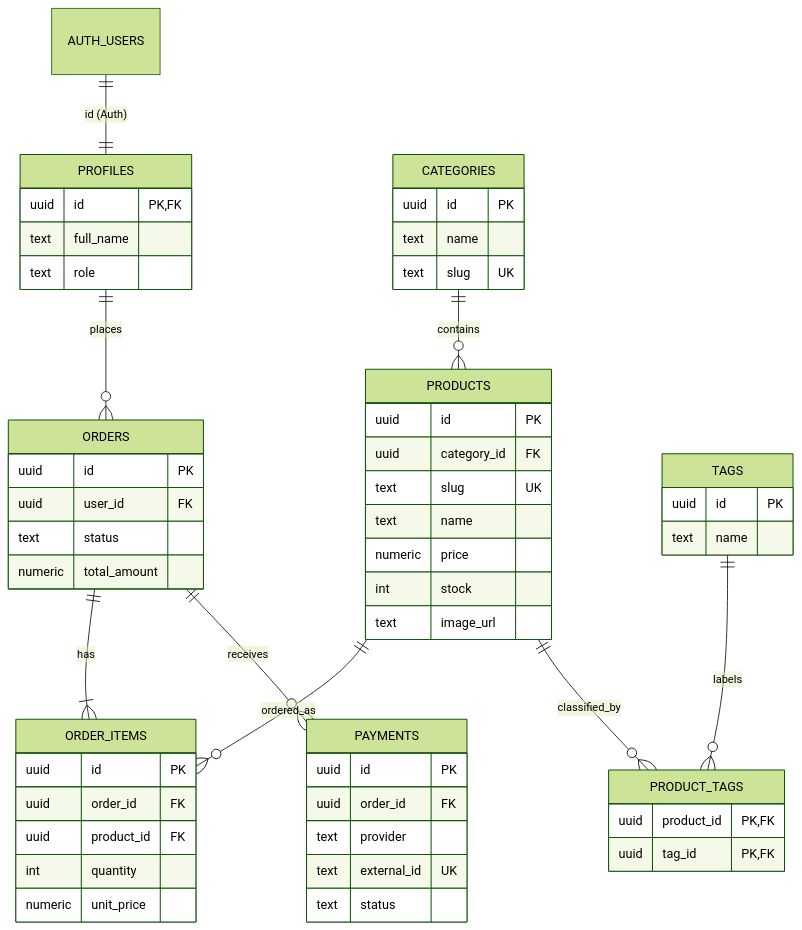
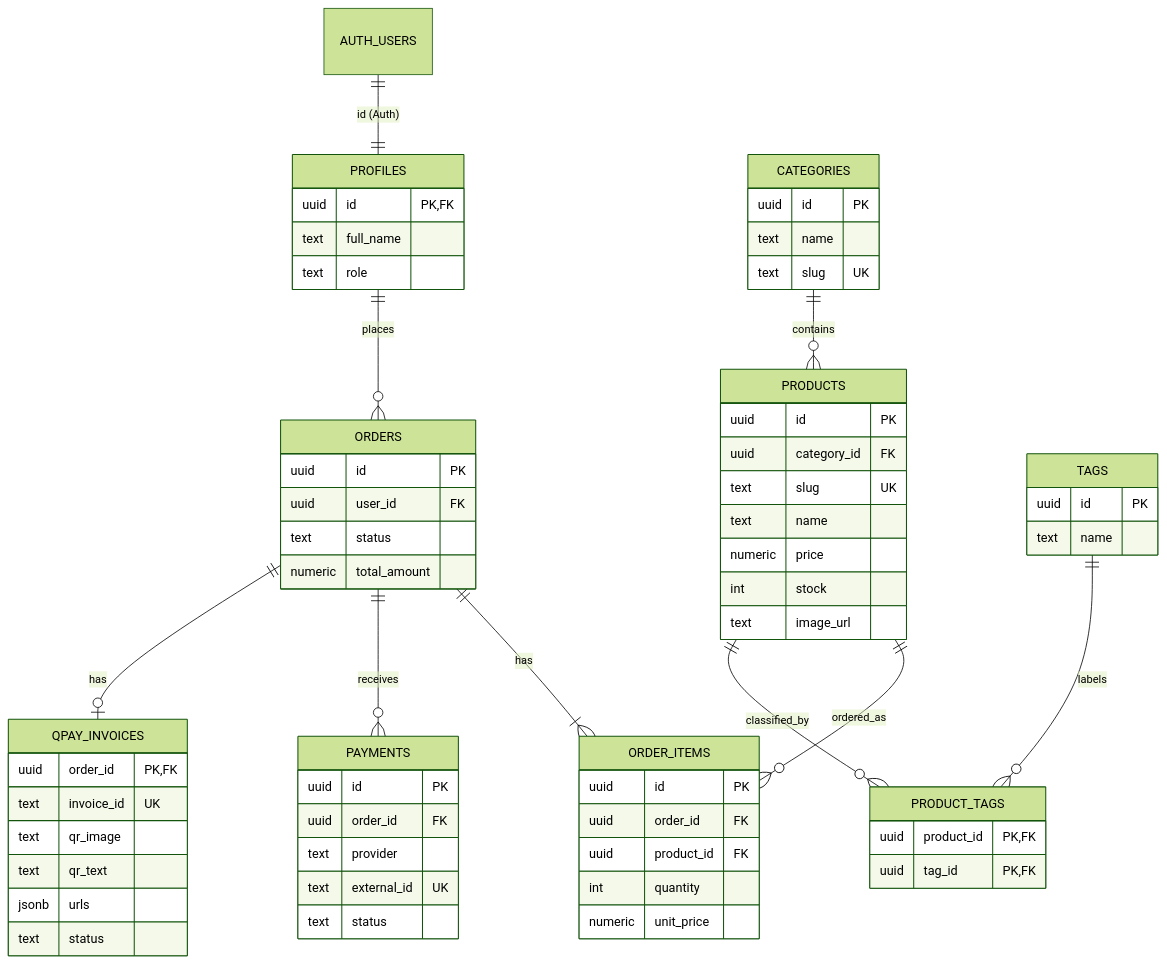
One commit to B23FA1882/SWE334_PlantStore changed the diagram in SWE334_Project_B23FA1882/docs/ERD.md. Above: the diagram before and after it, drawn with Mermaid (forest theme). The commit also changed other lines of this file, not shown here.

Commit message:
docs: extend ERD for QPay invoices linked to orders

````diff
--- a/SWE334_Project_B23FA1882/docs/ERD.md
+++ b/SWE334_Project_B23FA1882/docs/ERD.md
@@ -5,58 +5,67 @@
 ```mermaid
 erDiagram
   AUTH_USERS ||--|| PROFILES : "id (Auth)"
   PROFILES ||--o{ ORDERS : places
   CATEGORIES ||--o{ PRODUCTS : contains
   PRODUCTS ||--o{ ORDER_ITEMS : ordered_as
   ORDERS ||--|{ ORDER_ITEMS : has
   PRODUCTS ||--o{ PRODUCT_TAGS : classified_by
   TAGS ||--o{ PRODUCT_TAGS : labels
   ORDERS ||--o{ PAYMENTS : receives
+  ORDERS ||--o| QPAY_INVOICES : has
   PROFILES {
     uuid id PK,FK
     text full_name
     text role
   }
   CATEGORIES {
     uuid id PK
     text name
     text slug UK
   }
   PRODUCTS {
     uuid id PK
     uuid category_id FK
     text slug UK
     text name
     numeric price
     int stock
     text image_url
   }
   TAGS {
     uuid id PK
     text name
   }
   PRODUCT_TAGS {
     uuid product_id PK,FK
     uuid tag_id PK,FK
   }
   ORDERS {
     uuid id PK
     uuid user_id FK
     text status
     numeric total_amount
   }
   ORDER_ITEMS {
     uuid id PK
     uuid order_id FK
     uuid product_id FK
     int quantity
     numeric unit_price
   }
+  QPAY_INVOICES {
+    uuid order_id PK,FK
+    text invoice_id UK
+    text qr_image
+    text qr_text
+    jsonb urls
+    text status
+  }
   PAYMENTS {
     uuid id PK
     uuid order_id FK
     text provider
     text external_id UK
     text status
   }
 ```
````
